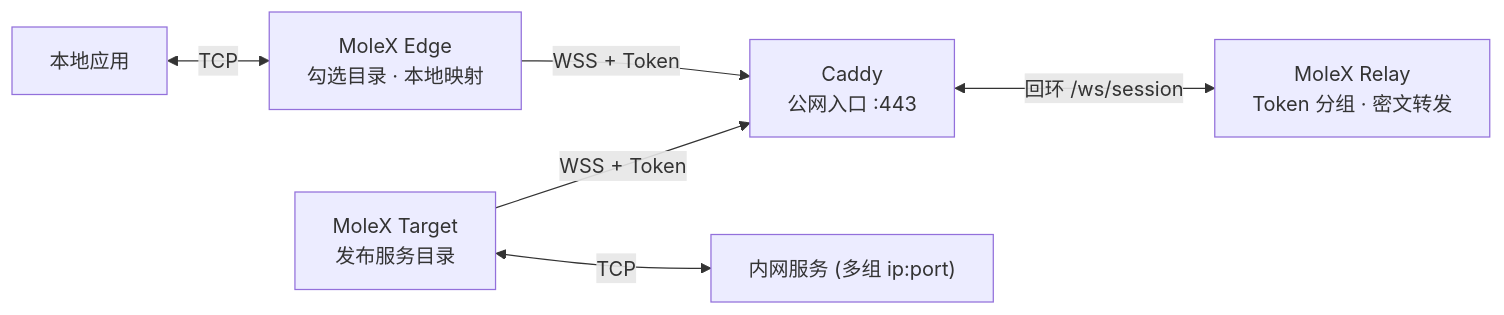
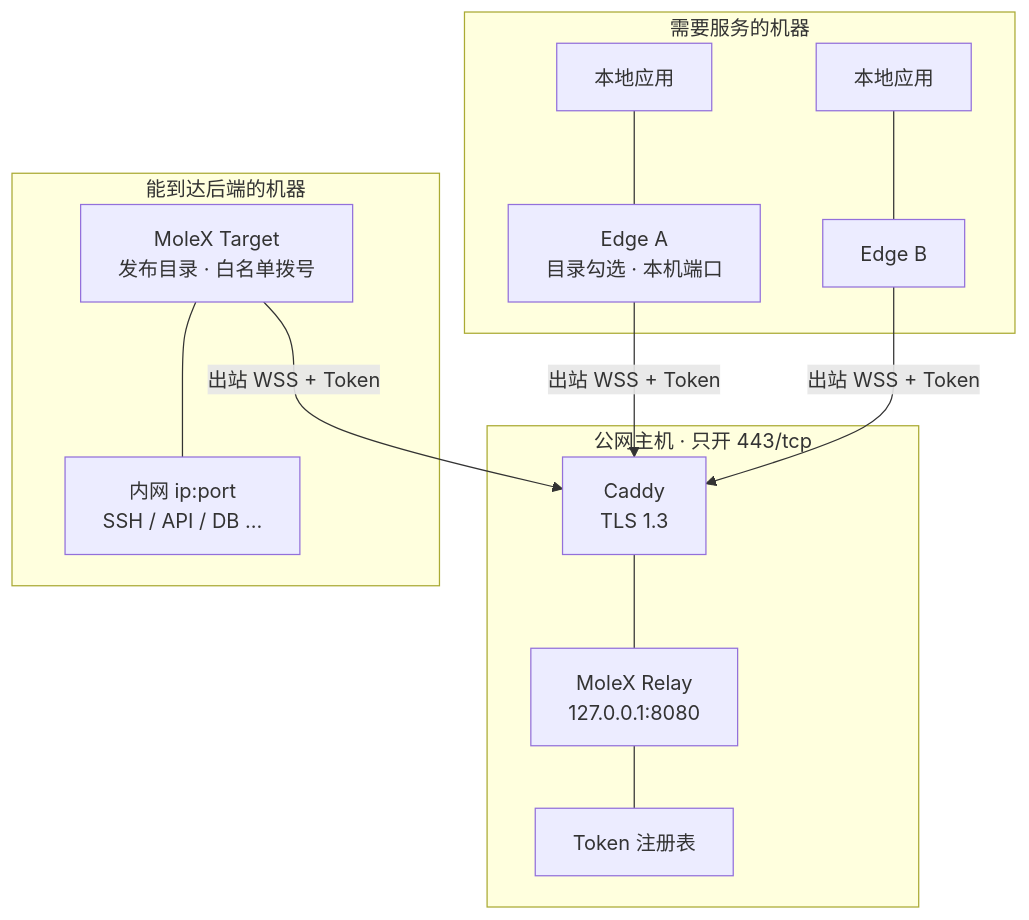
Before and after one commit to suifei/molex: the first of 5 diagrams in README.md, drawn with Mermaid. The commit also changed other lines of this file and 7 other files, not shown here.

````diff
--- a/README.md
+++ b/README.md
@@ -62,8 +81,29 @@
 ```mermaid
-flowchart LR
-    App["本地应用"] <-->|"TCP"| Edge["MoleX Edge<br/>勾选目录 · 本地映射"]
-    Edge -->|"WSS + Token"| Caddy["Caddy<br/>公网入口 :443"]
-    Caddy <-->|"回环 /ws/session"| Relay["MoleX Relay<br/>Token 分组 · 密文转发"]
-    Target["MoleX Target<br/>发布服务目录"] -->|"WSS + Token"| Caddy
-    Target <-->|"TCP"| Service["内网服务 (多组 ip:port)"]
+flowchart TB
+    subgraph Edges["需要服务的机器"]
+        AppA["本地应用"]
+        EdgeA["Edge A<br/>目录勾选 · 本机端口"]
+        AppB["本地应用"]
+        EdgeB["Edge B"]
+        AppA --- EdgeA
+        AppB --- EdgeB
+    end
+
+    subgraph Public["公网主机 · 只开 443/tcp"]
+        Caddy["Caddy<br/>TLS 1.3"]
+        Relay["MoleX Relay<br/>127.0.0.1:8080"]
+        Tokens["Token 注册表"]
+        Caddy --- Relay
+        Relay --- Tokens
+    end
+
+    subgraph Intranet["能到达后端的机器"]
+        Target["MoleX Target<br/>发布目录 · 白名单拨号"]
+        Svc["内网 ip:port<br/>SSH / API / DB …"]
+        Target --- Svc
+    end
+
+    EdgeA -->|"出站 WSS + Token"| Caddy
+    EdgeB -->|"出站 WSS + Token"| Caddy
+    Target -->|"出站 WSS + Token"| Caddy
 ```
````
